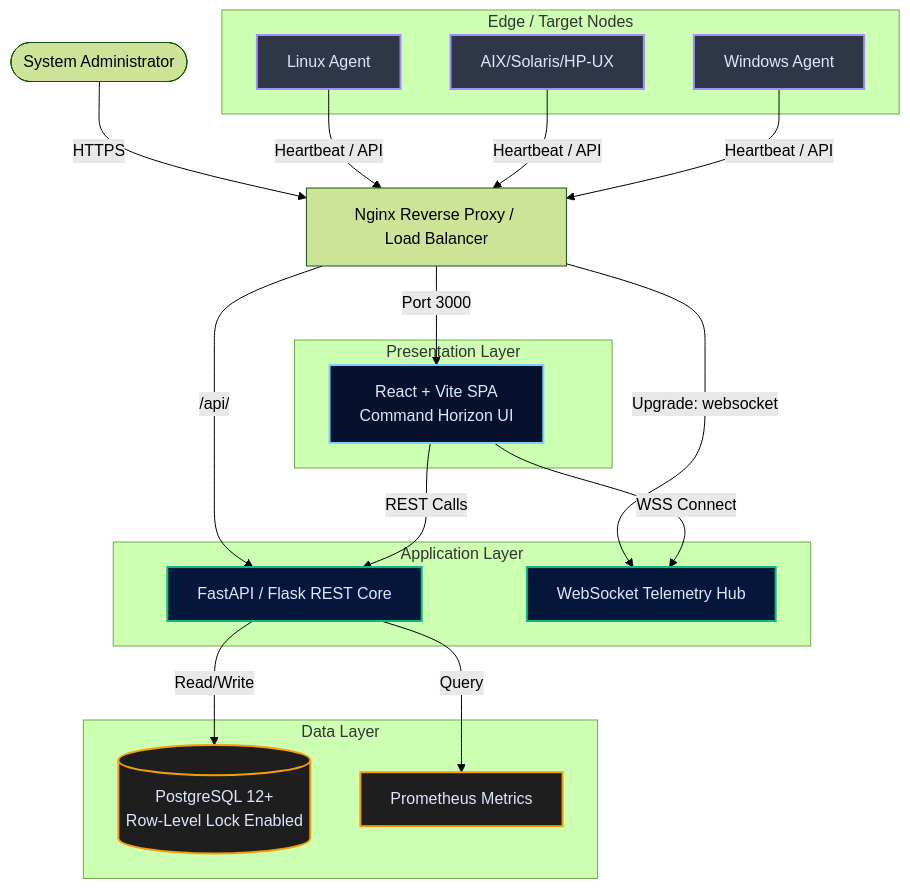
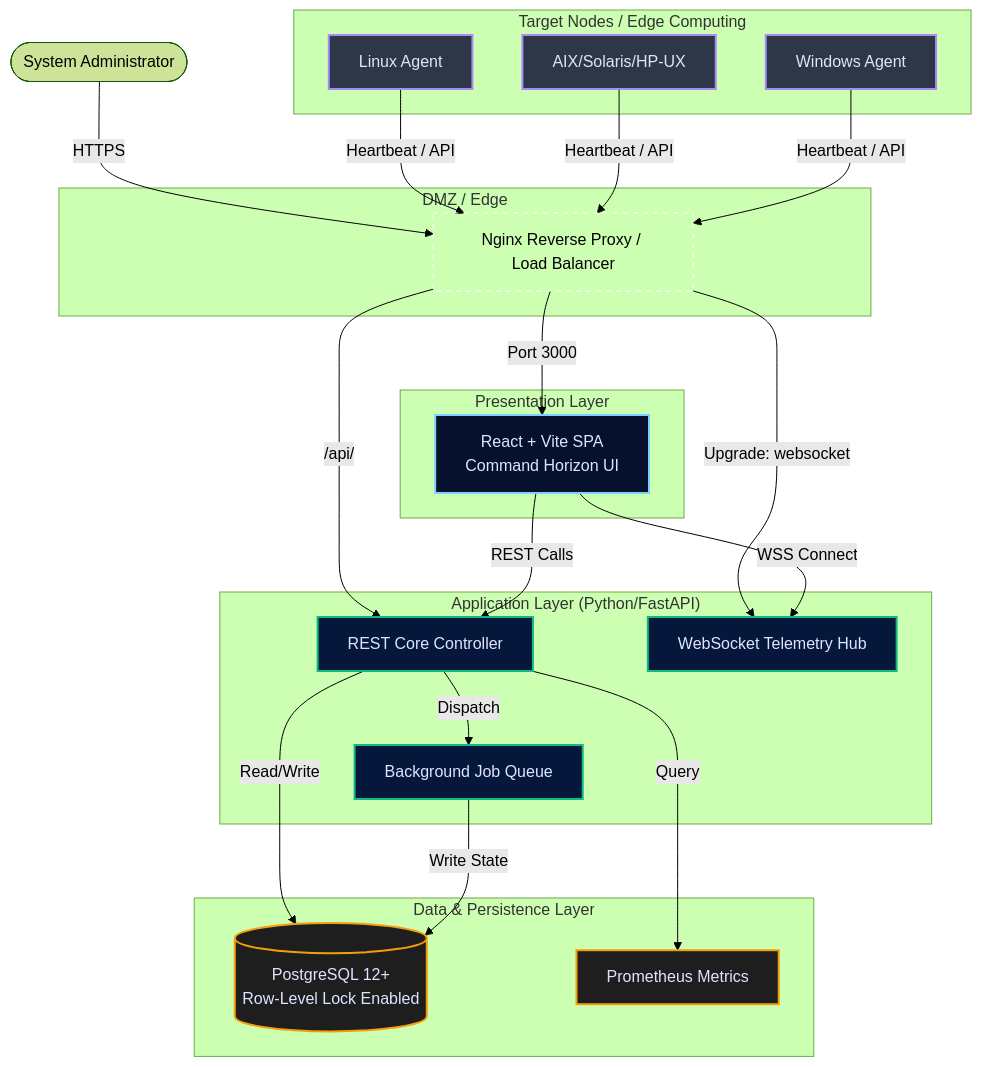
The first of 2 diagrams in README.md (patchmastertool-ai/patchmaster), drawn with Mermaid (forest theme) before and after one commit. The commit also changed other lines of this file, not shown here.

Commit message:
docs: Expand system architecture with data flow sequence diagrams and DB pooling details

````diff
--- a/README.md
+++ b/README.md
@@ -29,48 +31,55 @@
 ```mermaid
 graph TD
     %% Define styles
     classDef frontend fill:#06122d,stroke:#7bd0ff,stroke-width:2px,color:#dee5ff;
     classDef backend fill:#05183c,stroke:#10b981,stroke-width:2px,color:#dee5ff;
     classDef db fill:#1e1e1e,stroke:#f59e0b,stroke-width:2px,color:#dee5ff;
     classDef agent fill:#2d3748,stroke:#a78bfa,stroke-width:2px,color:#dee5ff;
+    classDef network fill:none,stroke:#fff,stroke-dasharray: 5 5;
     
     %% Nodes
     User([System Administrator])
-    Nginx[Nginx Reverse Proxy / Load Balancer]
+    
+    subgraph "DMZ / Edge"
+        Nginx[Nginx Reverse Proxy / Load Balancer]:::network
+    end
     
     subgraph "Presentation Layer"
         SPA[React + Vite SPA<br/>Command Horizon UI]:::frontend
     end
     
-    subgraph "Application Layer"
-        API[FastAPI / Flask REST Core]:::backend
+    subgraph "Application Layer (Python/FastAPI)"
+        API[REST Core Controller]:::backend
         WS[WebSocket Telemetry Hub]:::backend
+        Tasks[Background Job Queue]:::backend
     end
     
-    subgraph "Data Layer"
+    subgraph "Data & Persistence Layer"
         Postgres[(PostgreSQL 12+<br/>Row-Level Lock Enabled)]:::db
         Prometheus[Prometheus Metrics]:::db
     end
     
-    subgraph "Edge / Target Nodes"
+    subgraph "Target Nodes / Edge Computing"
         Linux[Linux Agent]:::agent
         Unix[AIX/Solaris/HP-UX]:::agent
         Win[Windows Agent]:::agent
     end
     
     %% Relationships
     User -- HTTPS --> Nginx
     Nginx -- Port 3000 --> SPA
     Nginx -- /api/ --> API
     Nginx -- Upgrade: websocket --> WS
     
     SPA -- REST Calls --> API
     SPA -- WSS Connect --> WS
     
     API -- Read/Write --> Postgres
+    API -- Dispatch --> Tasks
     API -- Query --> Prometheus
+    Tasks -- Write State --> Postgres
     
     Linux -- Heartbeat / API --> Nginx
     Unix -- Heartbeat / API --> Nginx
     Win -- Heartbeat / API --> Nginx
 ```
````
